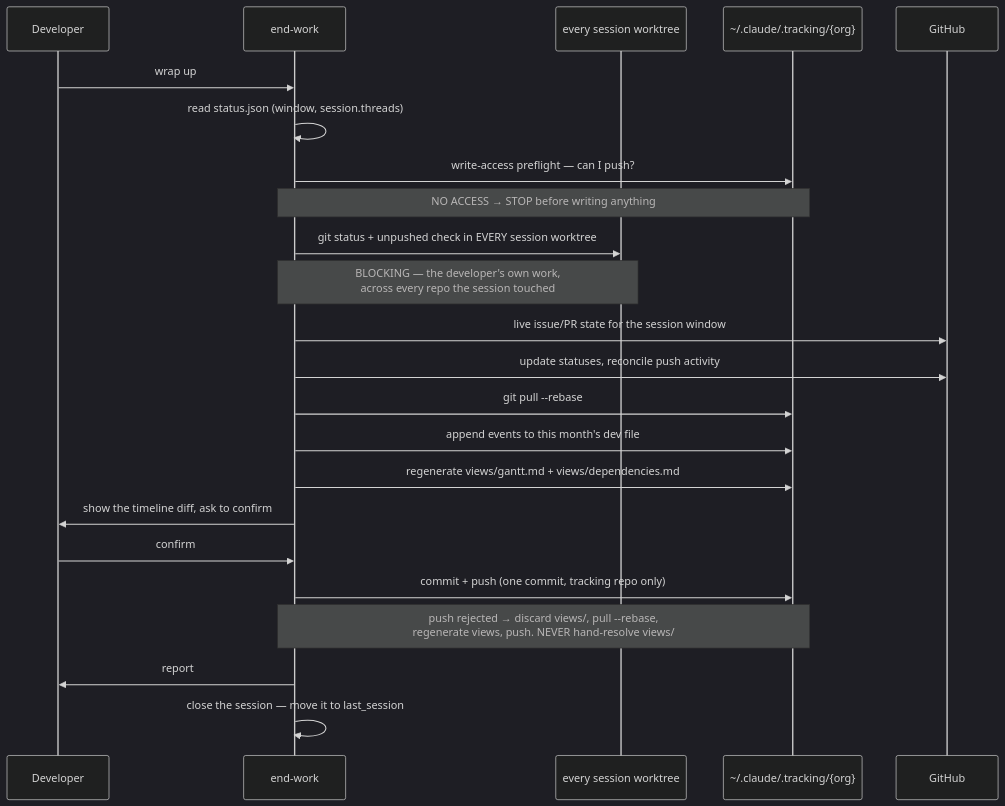
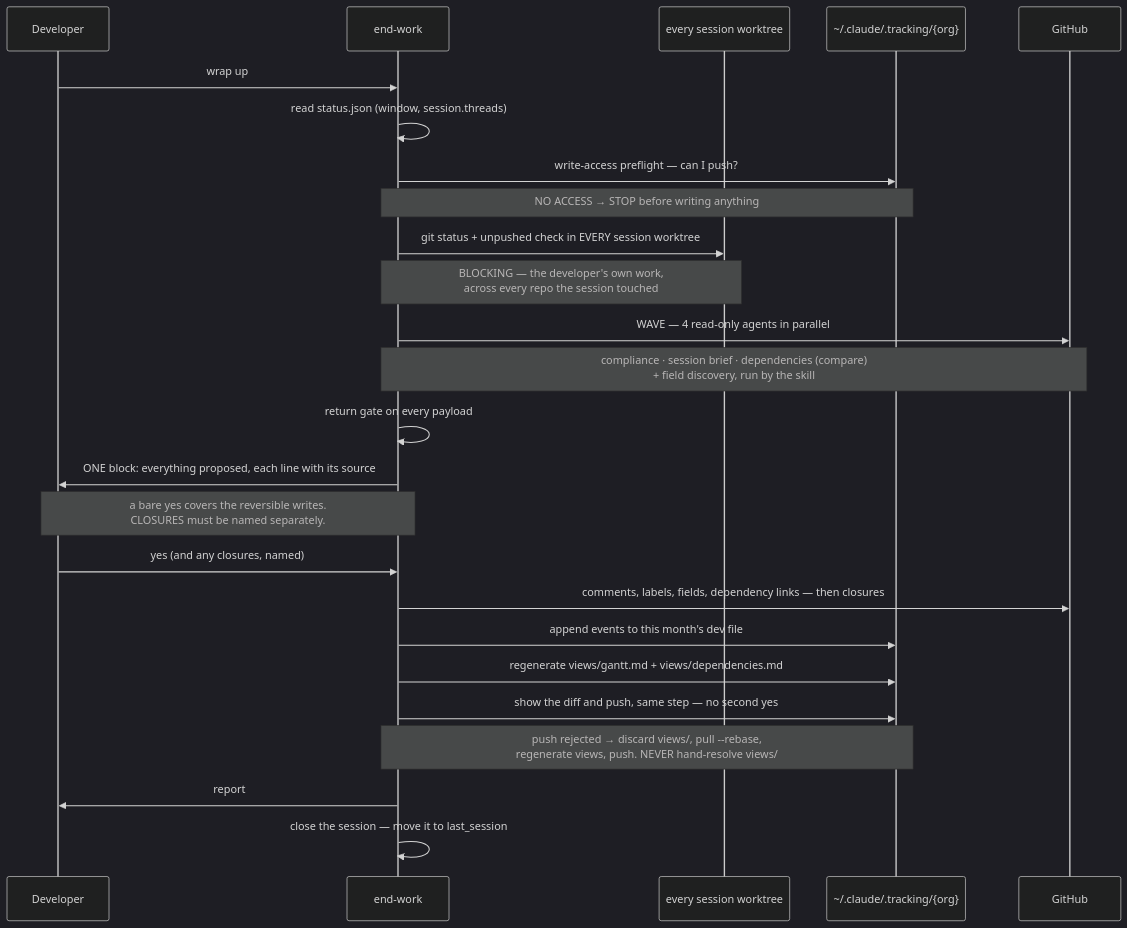
The diagram in .claude/skills/end-work/SKILL.md (alimohammed1624/skills), drawn with Mermaid (dark theme) before and after one commit. The commit also changed other lines of this file and 11 other files, not shown here.

First line of the commit message:
Rewrite tracking skills as four self-contained SKILL.md files

````diff
--- a/.claude/skills/end-work/SKILL.md
+++ b/.claude/skills/end-work/SKILL.md
@@ -38,26 +334,28 @@
 ```mermaid
 sequenceDiagram
     participant D as Developer
     participant S as end-work
     participant P as every session worktree
     participant T as ~/.claude/.tracking/{org}
     participant G as GitHub
 
     D->>S: wrap up
     S->>S: read status.json (window, session.threads)
     S->>T: write-access preflight — can I push?
     Note over S,T: NO ACCESS → STOP before writing anything
     S->>P: git status + unpushed check in EVERY session worktree
     Note over S,P: BLOCKING — the developer's own work,<br/>across every repo the session touched
-    S->>G: live issue/PR state for the session window
-    S->>G: update statuses, reconcile push activity
-    S->>T: git pull --rebase
+    S->>G: WAVE — 4 read-only agents in parallel
+    Note over S,G: compliance · session brief · dependencies (compare)<br/>+ field discovery, run by the skill
+    S->>S: return gate on every payload
+    S->>D: ONE block: everything proposed, each line with its source
+    Note over S,D: a bare yes covers the reversible writes.<br/>CLOSURES must be named separately.
+    D->>S: yes (and any closures, named)
+    S->>G: comments, labels, fields, dependency links — then closures
     S->>T: append events to this month's dev file
     S->>T: regenerate views/gantt.md + views/dependencies.md
-    S->>D: show the timeline diff, ask to confirm
-    D->>S: confirm
-    S->>T: commit + push (one commit, tracking repo only)
+    S->>T: show the diff and push, same step — no second yes
     Note over S,T: push rejected → discard views/, pull --rebase,<br/>regenerate views, push. NEVER hand-resolve views/
     S->>D: report
     S->>S: close the session — move it to last_session
 ```
````
